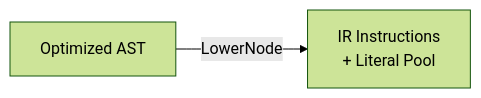
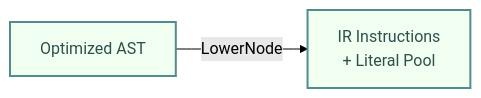
Before and after one commit to Fytala-Charles/Bosak: the second of 5 diagrams in docs/ARCHITECTURE.md, drawn with Mermaid (forest theme). The commit also changed other lines of this file and 23 other files, not shown here.

````diff
--- a/docs/ARCHITECTURE.md
+++ b/docs/ARCHITECTURE.md
@@ -207,6 +215,10 @@
 ```mermaid
 flowchart LR
     AST_IN["Optimized AST"]
     IR["IR Instructions<br/>+ Literal Pool"]
     AST_IN -->|LowerNode| IR
+
+    classDef current fill:#F0FFF0,stroke:#518D8F,color:#2F4F4F,stroke-width:2px
+
+    class AST_IN,IR current
 ```
````
